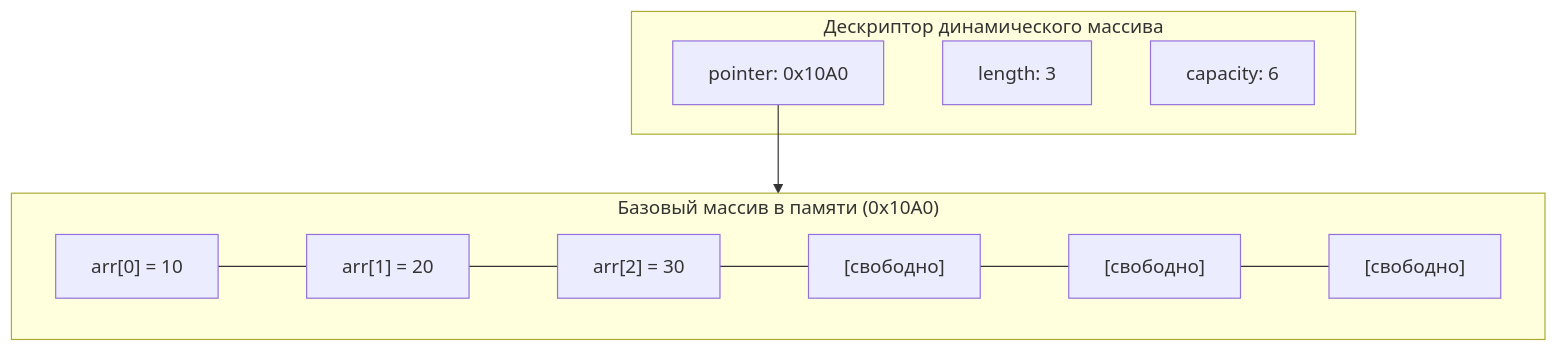
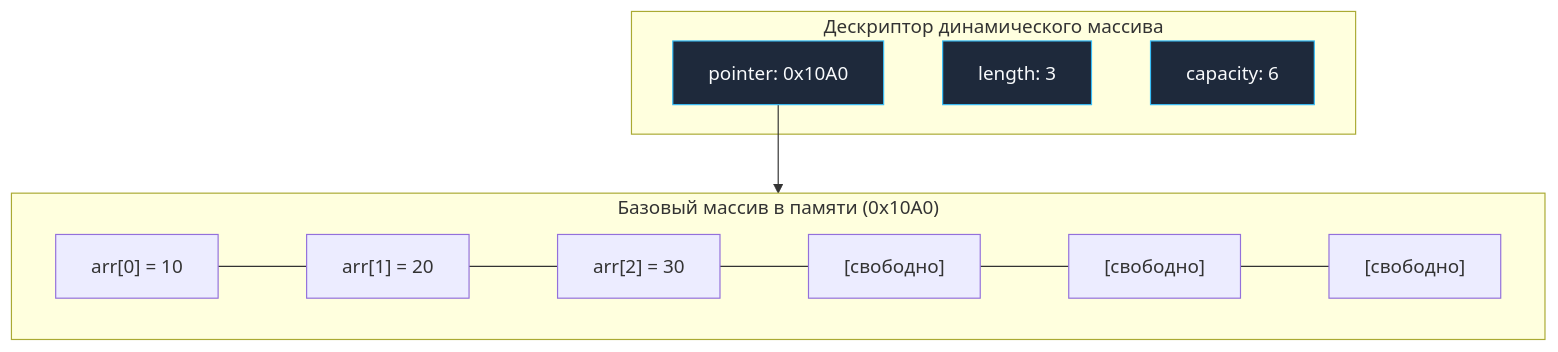
One commit to UnrealTemplier/go-textbook changed the third of 4 diagrams in sources/20. Алгоритмы и структуры данных (DSA) на Go/02. Базовые структуры данных/1. Массивы и динамические массивы.md. Above: the diagram before and after it, drawn with Mermaid. The commit also changed other lines of this file and 1666 other files, not shown here.

First line of the commit message:
feat(mermaid): add semantic color classDef to 1369 colorless flowchart/graph diagrams

````diff
--- a/sources/20. Алгоритмы и структуры данных (DSA) на Go/02. Базовые структуры данных/1. Массивы и динамические массивы.md
+++ b/sources/20. Алгоритмы и структуры данных (DSA) на Go/02. Базовые структуры данных/1. Массивы и динамические массивы.md
@@ -107,15 +127,25 @@
 ```mermaid
 flowchart TD
+    classDef process  fill:#1e293b,stroke:#38bdf8,stroke-width:1px,color:#f8fafc
+    classDef success  fill:#064e3b,stroke:#34d399,stroke-width:1px,color:#f8fafc
+    classDef error    fill:#7f1d1d,stroke:#f87171,stroke-width:1px,color:#f8fafc
+    classDef warning  fill:#78350f,stroke:#fbbf24,stroke-width:1px,color:#f8fafc
+    classDef entry    fill:#1e3a5f,stroke:#38bdf8,stroke-width:2px,color:#f8fafc
+    classDef aux      fill:#334155,stroke:#64748b,stroke-width:1px,color:#f8fafc
+    classDef system   fill:#312e81,stroke:#a78bfa,stroke-width:1px,color:#f8fafc
+    classDef data     fill:#132d29,stroke:#2dd4bf,stroke-width:1px,color:#f8fafc
+    classDef network  fill:#881337,stroke:#fb7185,stroke-width:1px,color:#f8fafc
+    classDef accent   fill:#1e1b4b,stroke:#818cf8,stroke-width:1px,color:#f8fafc
     subgraph Header["Дескриптор динамического массива"]
-        ptr["pointer: 0x10A0"]
-        len["length: 3"]
-        cap["capacity: 6"]
+        ptr["pointer: 0x10A0"]:::process
+        len["length: 3"]:::process
+        cap["capacity: 6"]:::process
     end
 
     subgraph BackingArray["Базовый массив в памяти (0x10A0)"]
         direction LR
         elem0["arr[0] = 10"] --- elem1["arr[1] = 20"] --- elem2["arr[2] = 30"] --- free3["[свободно]"] --- free4["[свободно]"] --- free5["[свободно]"]
     end
 
     ptr --> BackingArray
 ```
````
